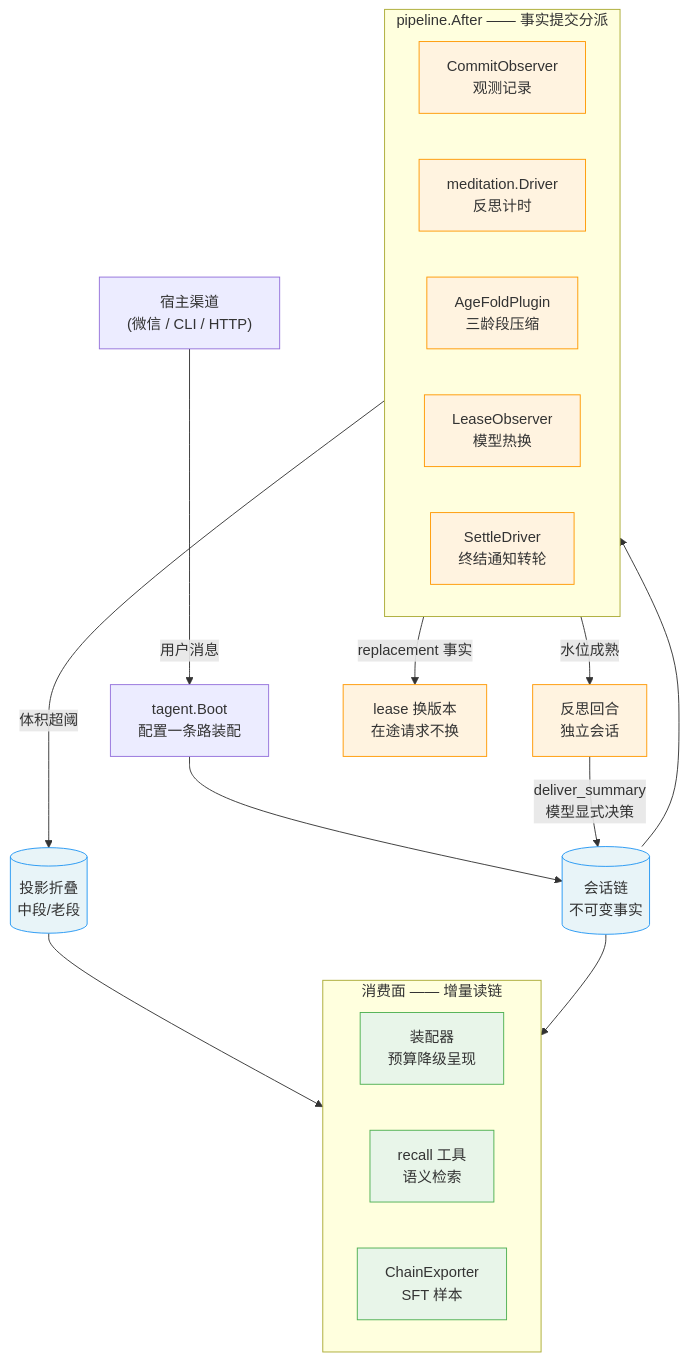
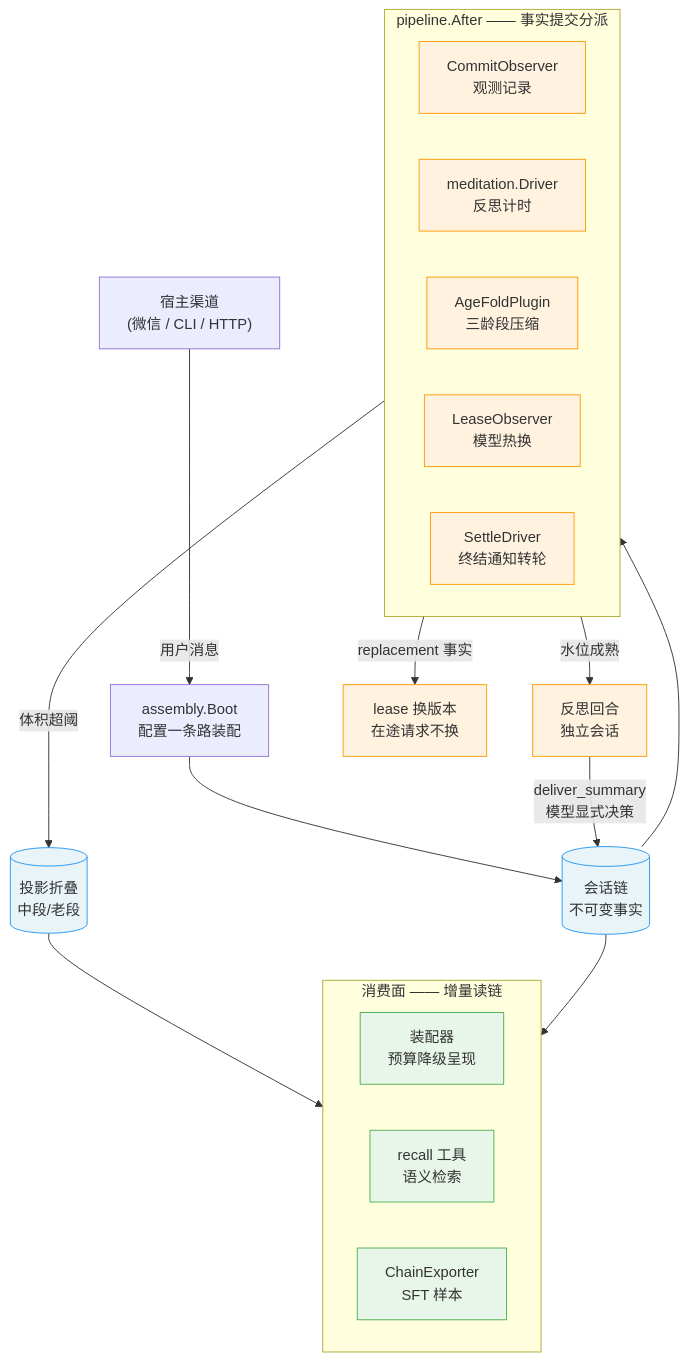
Before and after one commit to SpellingDragon/tagent: the first of 2 diagrams in README.md, drawn with Mermaid. The commit also changed other lines of this file and 260 other files, not shown here.

````diff
--- a/README.md
+++ b/README.md
@@ -27,36 +29,36 @@
 ```mermaid
 flowchart TB
-    UI["宿主渠道<br/>(微信 / CLI / HTTP)"] -->|"用户消息"| BOOT["tagent.Boot<br/>配置一条路装配"]
+    UI["宿主渠道<br/>(微信 / CLI / HTTP)"] -->|"用户消息"| BOOT["assembly.Boot<br/>配置一条路装配"]
     BOOT --> CHAIN[("会话链<br/>不可变事实")]
 
     subgraph PIPE["pipeline.After —— 事实提交分派"]
         direction LR
         OBS["CommitObserver<br/>观测记录"]
         MED["meditation.Driver<br/>反思计时"]
         FOLD["AgeFoldPlugin<br/>三龄段压缩"]
         LEASE["LeaseObserver<br/>模型热换"]
         SETTLE["SettleDriver<br/>终结通知转轮"]
     end
 
     CHAIN --> PIPE
     MED -->|"水位成熟"| REFLECT["反思回合<br/>独立会话"]
     REFLECT -->|"deliver_summary<br/>模型显式决策"| CHAIN
     LEASE -->|"replacement 事实"| SWAP["lease 换版本<br/>在途请求不换"]
     FOLD -->|"体积超阈"| PROJ[("投影折叠<br/>中段/老段")]
 
     subgraph READ["消费面 —— 增量读链"]
         direction LR
         ASM["装配器<br/>预算降级呈现"]
         RCL["recall 工具<br/>语义检索"]
         EXP["ChainExporter<br/>SFT 样本"]
     end
     CHAIN --> READ
     PROJ --> ASM
 
     classDef fact fill:#e8f4f8,stroke:#2196f3
     classDef plugin fill:#fff3e0,stroke:#ff9800
     classDef consumer fill:#e8f5e9,stroke:#4caf50
     class CHAIN,PROJ fact
     class OBS,MED,FOLD,LEASE,SETTLE,REFLECT,SWAP plugin
     class ASM,RCL,EXP consumer
 ```
````
